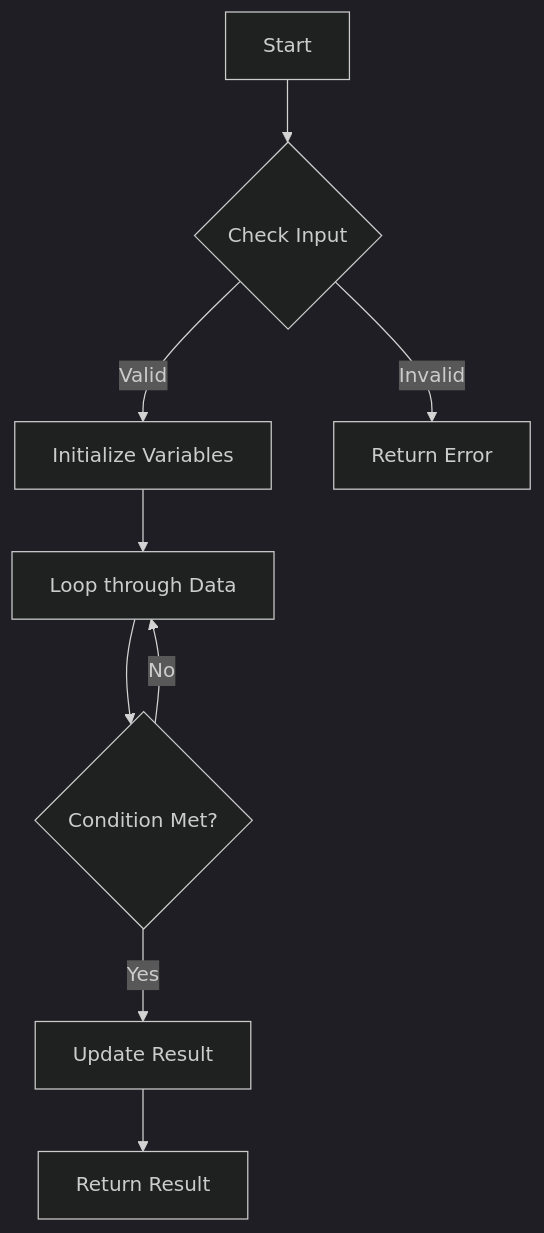
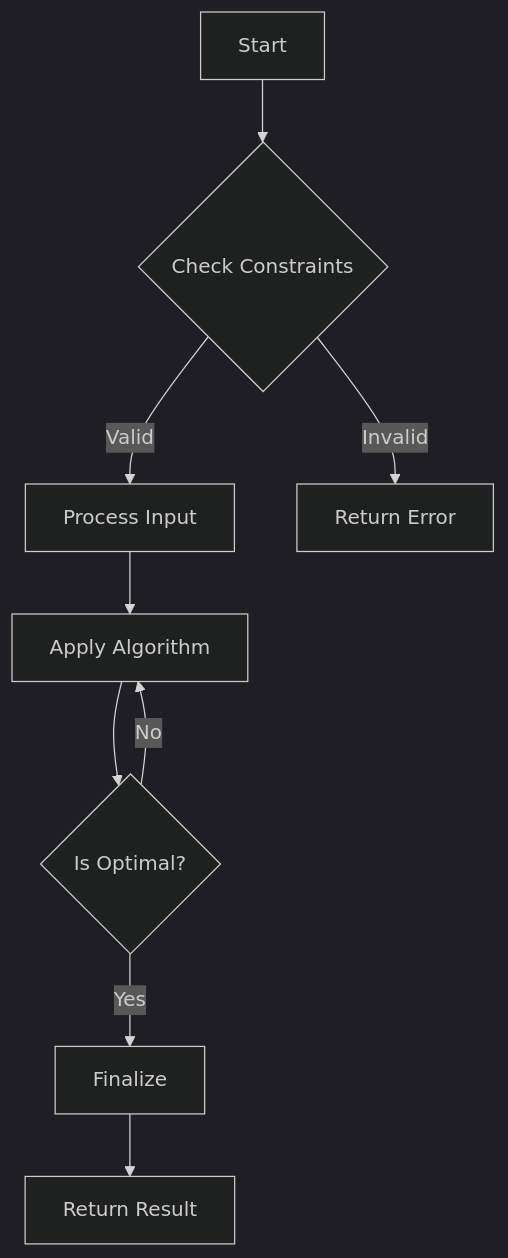
The diagram in Advanced Graphs/Swim_in_Rising_Water/README.md (thanhauco/Leetcode-300), drawn with Mermaid (dark theme) before and after one commit. The commit also changed other lines of this file and 1 other file, not shown here.

````diff
--- a/Advanced Graphs/Swim_in_Rising_Water/README.md
+++ b/Advanced Graphs/Swim_in_Rising_Water/README.md
@@ -23,11 +35,11 @@
 ```mermaid
 graph TD
-    A[Start] --> B{Check Input}
-    B -- Valid --> C[Initialize Variables]
+    A[Start] --> B{Check Constraints}
+    B -- Valid --> C[Process Input]
     B -- Invalid --> Z[Return Error]
-    C --> D[Loop through Data]
-    D --> E{Condition Met?}
-    E -- Yes --> F[Update Result]
+    C --> D[Apply Algorithm]
+    D --> E{Is Optimal?}
+    E -- Yes --> F[Finalize]
     E -- No --> D
     F --> G[Return Result]
 ```
````
